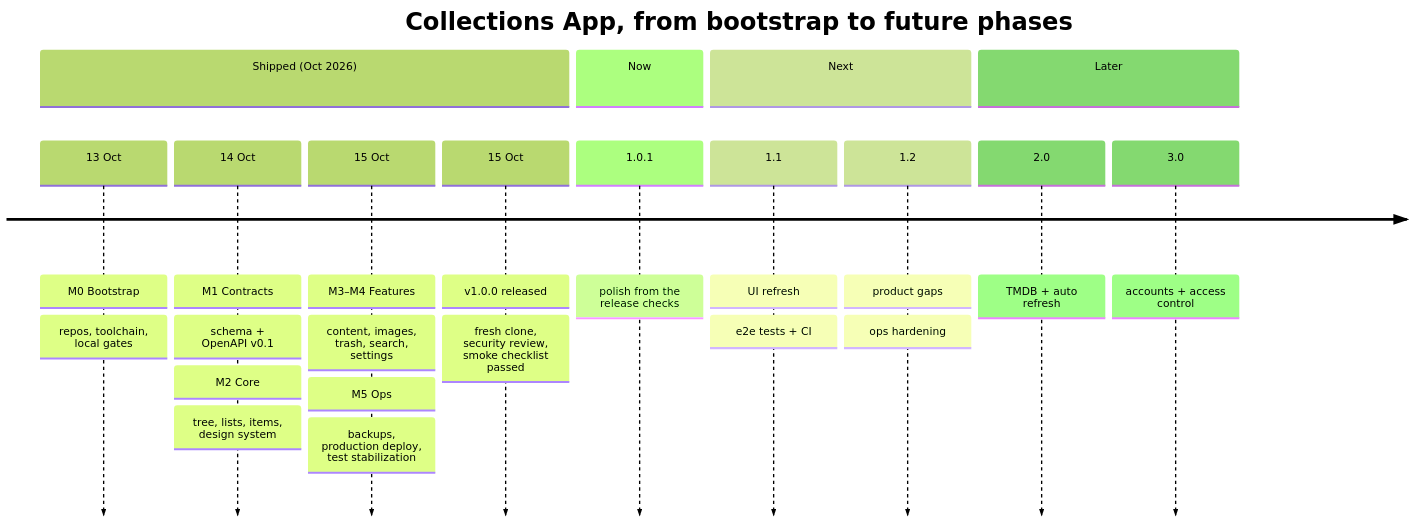
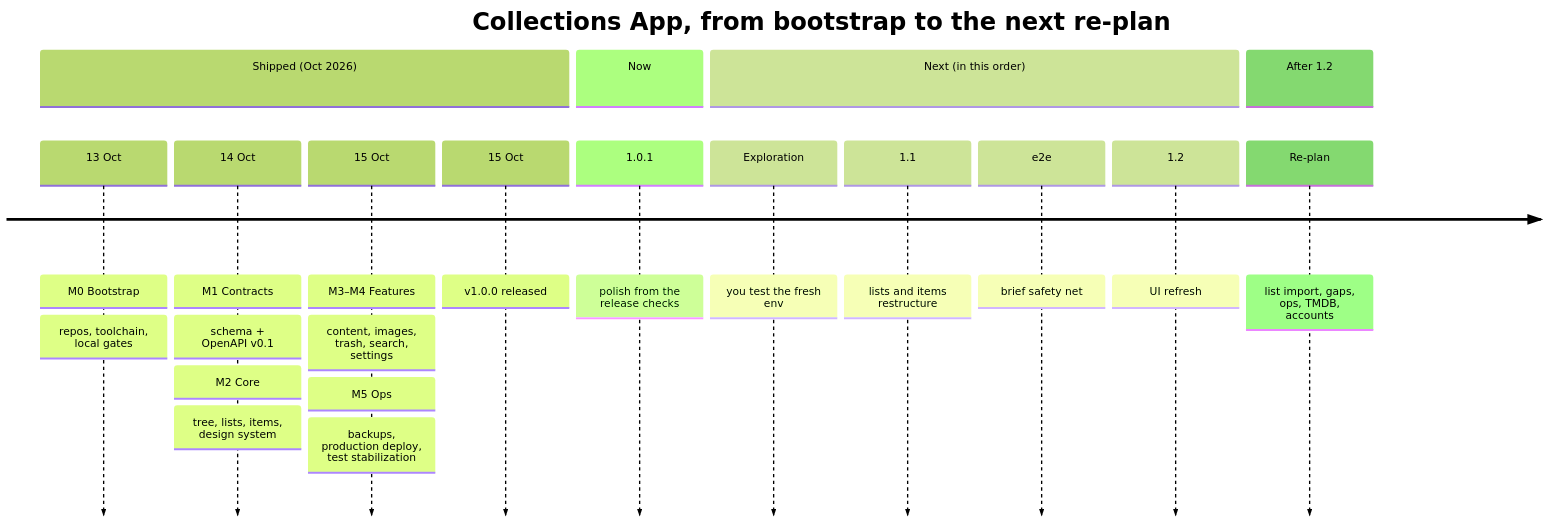
One commit to 0xfederama/collections-app changed the first of 2 diagrams in ROADMAP.md. Above: the diagram before and after it, drawn with Mermaid (forest theme). The commit also changed other lines of this file and 3 other files, not shown here.

Commit message:
docs(roadmap): re-plan after 1.0 (D-078): exploration → F-007 restructure → brief e2e → UI refresh, then pool

````diff
--- a/ROADMAP.md
+++ b/ROADMAP.md
@@ -41,19 +42,20 @@
 ```mermaid
 timeline
-    title Collections App, from bootstrap to future phases
+    title Collections App, from bootstrap to the next re-plan
     section Shipped (Oct 2026)
         13 Oct : M0 Bootstrap : repos, toolchain, local gates
         14 Oct : M1 Contracts : schema + OpenAPI v0.1
                : M2 Core : tree, lists, items, design system
         15 Oct : M3–M4 Features : content, images, trash, search, settings
                : M5 Ops : backups, production deploy, test stabilization
-        15 Oct : v1.0.0 released : fresh clone, security review, smoke checklist passed
+        15 Oct : v1.0.0 released
     section Now
         1.0.1 : polish from the release checks
-    section Next
-        1.1 : UI refresh : e2e tests + CI
-        1.2 : product gaps : ops hardening
-    section Later
-        2.0 : TMDB + auto refresh
-        3.0 : accounts + access control
+    section Next (in this order)
+        Exploration : you test the fresh env
+        1.1 : lists and items restructure
+        e2e : brief safety net
+        1.2 : UI refresh
+    section After 1.2
+        Re-plan : list import, gaps, ops, TMDB, accounts
 ```
````
